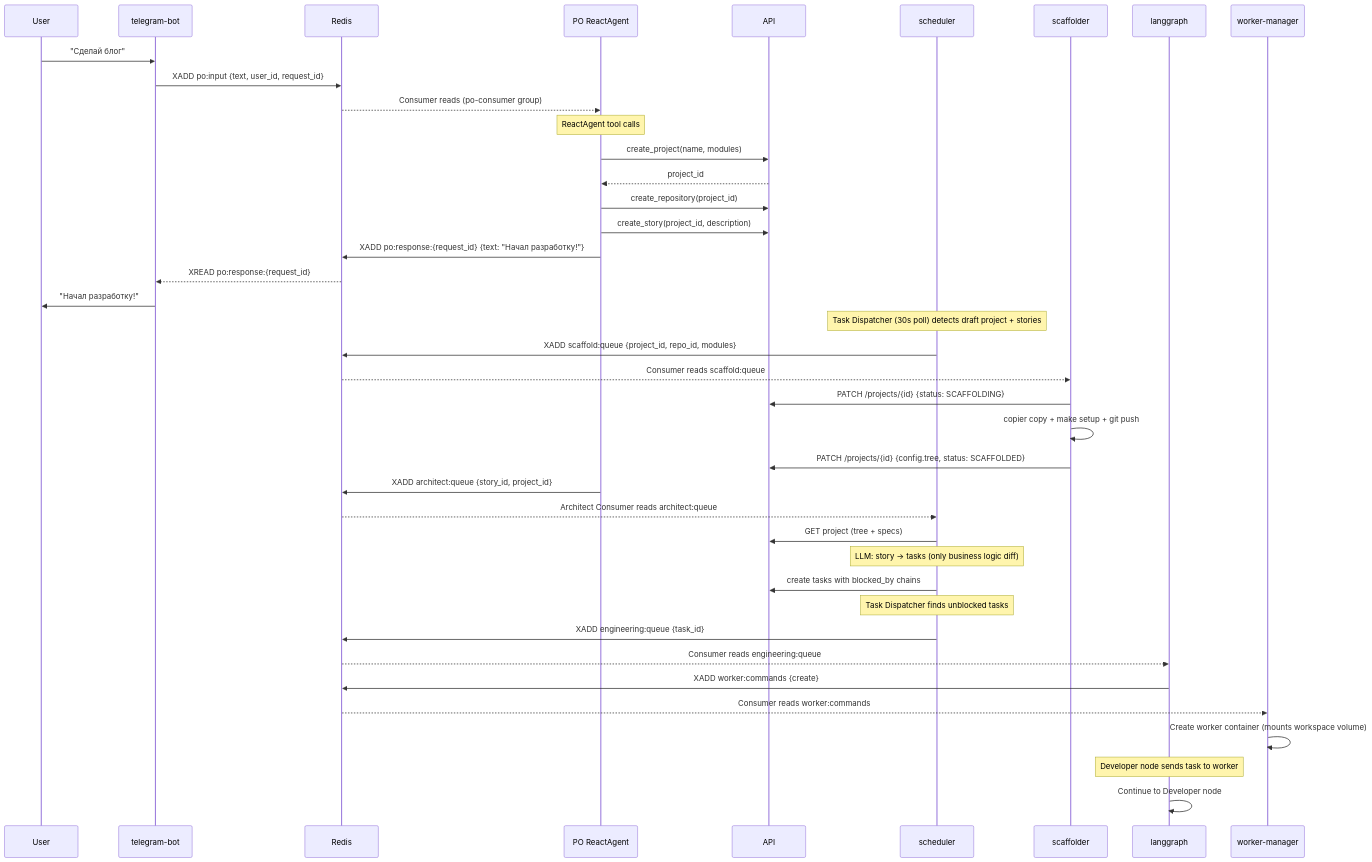
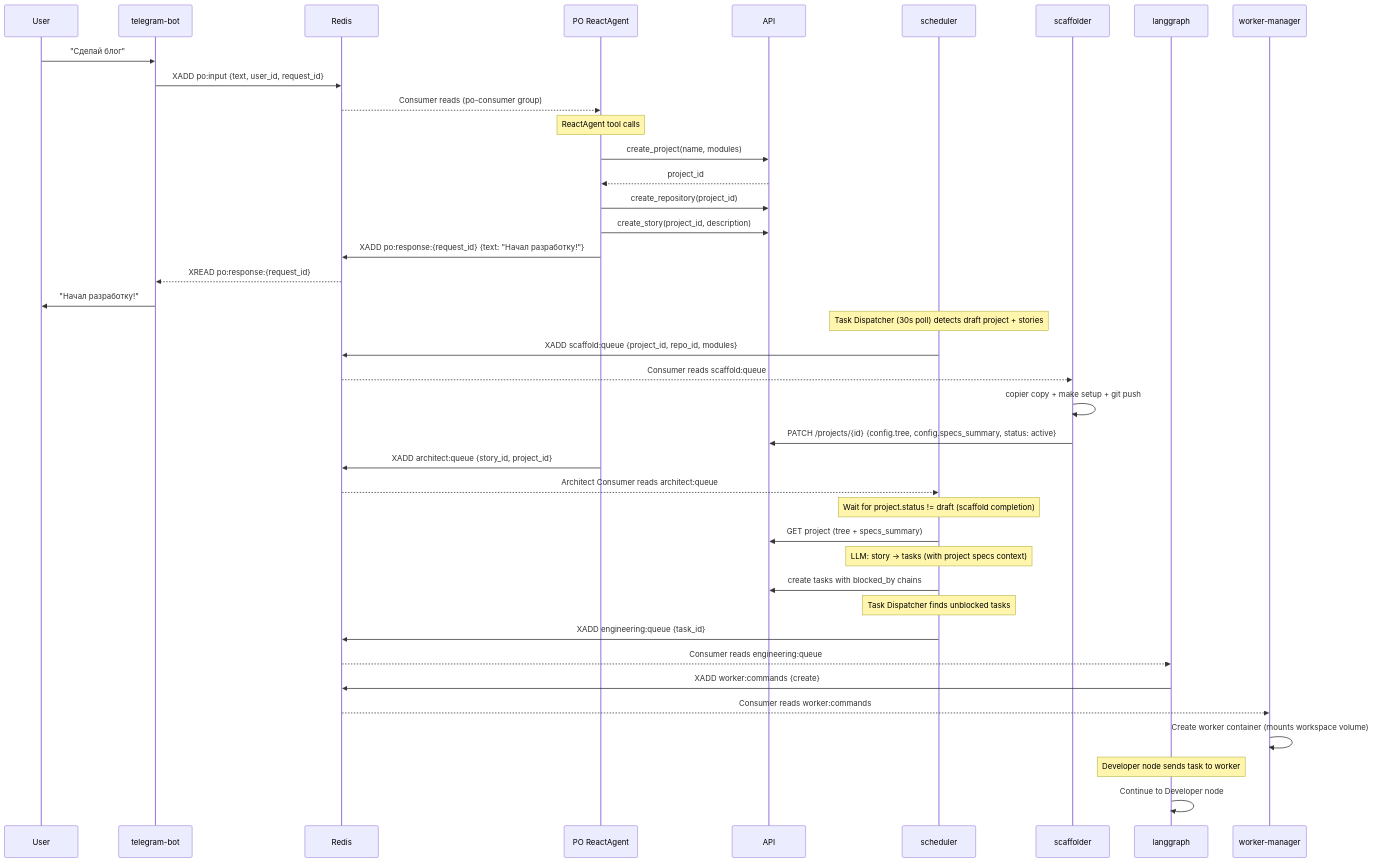
One commit to vladmesh/codegen_orchestrator changed the first of 3 diagrams in docs/CONTRACTS.md. Above: the diagram before and after it, drawn with Mermaid. The commit also changed other lines of this file and 17 other files, not shown here.

First line of the commit message:
pipeline debug: architect specs context, scaffold wait, PO enriched status, blocker guidance

````diff
--- a/docs/CONTRACTS.md
+++ b/docs/CONTRACTS.md
@@ -142,47 +142,47 @@
 ```mermaid
 sequenceDiagram
     participant User
     participant TG as telegram-bot
     participant Redis
     participant PO as PO ReactAgent
     participant API
     participant SCH as scheduler
     participant SCF as scaffolder
     participant LG as langgraph
     participant WM as worker-manager
 
     User->>TG: "Сделай блог"
     TG->>Redis: XADD po:input {text, user_id, request_id}
     Redis-->>PO: Consumer reads (po-consumer group)
 
     Note over PO: ReactAgent tool calls
     PO->>API: create_project(name, modules)
     API-->>PO: project_id
     PO->>API: create_repository(project_id)
     PO->>API: create_story(project_id, description)
     PO->>Redis: XADD po:response:{request_id} {text: "Начал разработку!"}
     Redis-->>TG: XREAD po:response:{request_id}
     TG->>User: "Начал разработку!"
 
     Note over SCH: Task Dispatcher (30s poll) detects draft project + stories
     SCH->>Redis: XADD scaffold:queue {project_id, repo_id, modules}
     Redis-->>SCF: Consumer reads scaffold:queue
-    SCF->>API: PATCH /projects/{id} {status: SCAFFOLDING}
     SCF->>SCF: copier copy + make setup + git push
-    SCF->>API: PATCH /projects/{id} {config.tree, status: SCAFFOLDED}
+    SCF->>API: PATCH /projects/{id} {config.tree, config.specs_summary, status: active}
 
     PO->>Redis: XADD architect:queue {story_id, project_id}
     Redis-->>SCH: Architect Consumer reads architect:queue
-    SCH->>API: GET project (tree + specs)
-    Note over SCH: LLM: story → tasks (only business logic diff)
+    Note over SCH: Wait for project.status != draft (scaffold completion)
+    SCH->>API: GET project (tree + specs_summary)
+    Note over SCH: LLM: story → tasks (with project specs context)
     SCH->>API: create tasks with blocked_by chains
 
     Note over SCH: Task Dispatcher finds unblocked tasks
     SCH->>Redis: XADD engineering:queue {task_id}
     Redis-->>LG: Consumer reads engineering:queue
     LG->>Redis: XADD worker:commands {create}
     Redis-->>WM: Consumer reads worker:commands
     WM->>WM: Create worker container (mounts workspace volume)
     Note over LG: Developer node sends task to worker
     LG->>LG: Continue to Developer node
 ```
````
